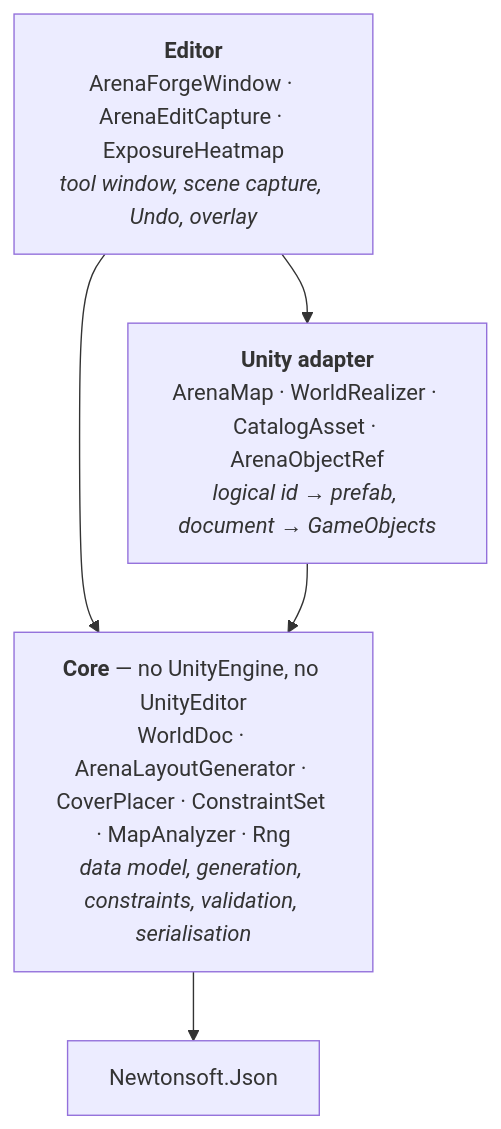
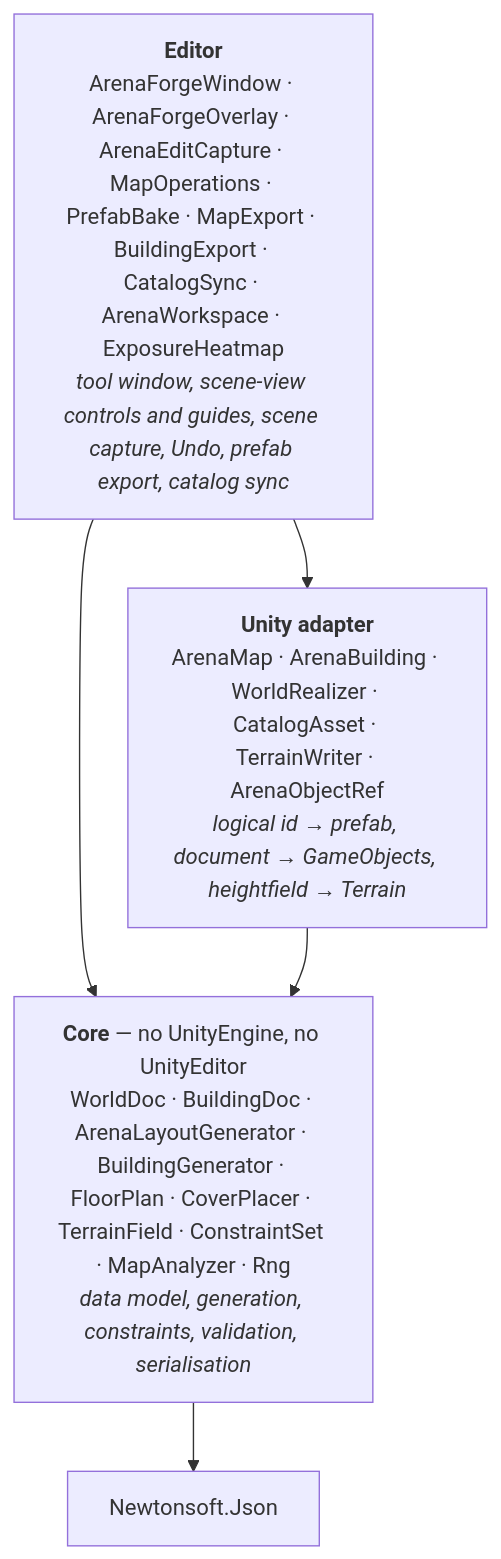
The diagram in README.md (pinchasVaknin/ArenaForge), drawn with Mermaid before and after one commit. The commit also changed other lines of this file and 386 other files, not shown here.

````diff
--- a/README.md
+++ b/README.md
@@ -34,12 +37,12 @@
 ```mermaid
 flowchart TD
-    E["<b>Editor</b><br/>ArenaForgeWindow · ArenaEditCapture · ExposureHeatmap<br/><i>tool window, scene capture, Undo, overlay</i>"]
-    U["<b>Unity adapter</b><br/>ArenaMap · WorldRealizer · CatalogAsset · ArenaObjectRef<br/><i>logical id → prefab, document → GameObjects</i>"]
-    C["<b>Core</b> — no UnityEngine, no UnityEditor<br/>WorldDoc · ArenaLayoutGenerator · CoverPlacer · ConstraintSet · MapAnalyzer · Rng<br/><i>data model, generation, constraints, validation, serialisation</i>"]
+    E["<b>Editor</b><br/>ArenaForgeWindow · ArenaForgeOverlay · ArenaEditCapture · MapOperations · PrefabBake · MapExport · BuildingExport · CatalogSync · ArenaWorkspace · ExposureHeatmap<br/><i>tool window, scene-view controls and guides, scene capture, Undo, prefab export, catalog sync</i>"]
+    U["<b>Unity adapter</b><br/>ArenaMap · ArenaBuilding · WorldRealizer · CatalogAsset · TerrainWriter · ArenaObjectRef<br/><i>logical id → prefab, document → GameObjects, heightfield → Terrain</i>"]
+    C["<b>Core</b> — no UnityEngine, no UnityEditor<br/>WorldDoc · BuildingDoc · ArenaLayoutGenerator · BuildingGenerator · FloorPlan · CoverPlacer · TerrainField · ConstraintSet · MapAnalyzer · Rng<br/><i>data model, generation, constraints, validation, serialisation</i>"]
     N["Newtonsoft.Json"]
 
     E --> U
     E --> C
     U --> C
     C --> N
 ```
````
